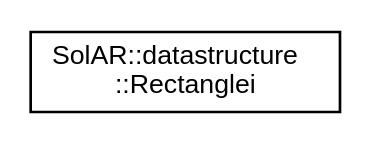
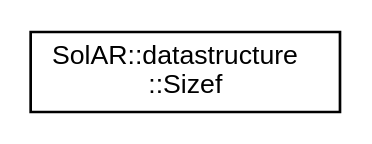
Before and after one commit to SolarFramework/solarframework.github.io: the diagram in api_documentation/inherit_graph_27.dot, drawn with Graphviz. The commit also changed 66 other files, not shown here.

```diff
--- a/api_documentation/inherit_graph_27.dot
+++ b/api_documentation/inherit_graph_27.dot
@@ -1,8 +1,8 @@
 digraph "Graphical Class Hierarchy"
 {
  // LATEX_PDF_SIZE
   edge [fontname="Helvetica",fontsize="10",labelfontname="Helvetica",labelfontsize="10"];
   node [fontname="Helvetica",fontsize="10",shape=record];
   rankdir="LR";
-  Node0 [label="SolAR::datastructure\l::Rectanglei",height=0.2,width=0.4,color="black", fillcolor="white", style="filled",URL="$struct_sol_a_r_1_1datastructure_1_1_rectanglei.html",tooltip="A 2D rectangle which size in defined with integers."];
+  Node0 [label="SolAR::datastructure\l::Sizef",height=0.2,width=0.4,color="black", fillcolor="white", style="filled",URL="$struct_sol_a_r_1_1datastructure_1_1_sizef.html",tooltip="A 2D size defined with floats."];
 }
```
